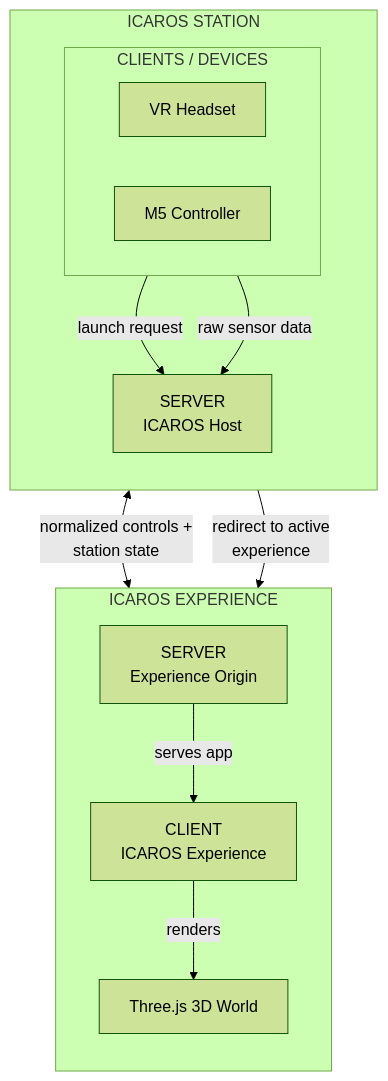
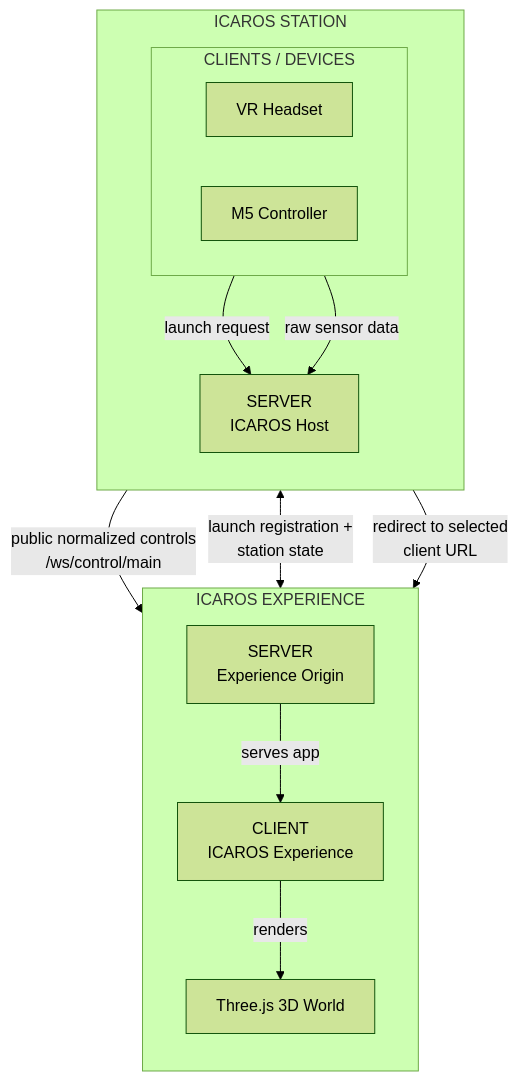
The first of 2 diagrams in docs/architecture.md (dweigend/Icaros_Host), drawn with Mermaid (forest theme) before and after one commit. The commit also changed other lines of this file and 93 other files, not shown here.

````diff
--- a/docs/architecture.md
+++ b/docs/architecture.md
@@ -9,32 +9,33 @@
 ```mermaid
 flowchart TD
   subgraph Station["ICAROS STATION"]
     direction TB
 
     subgraph StationClients["CLIENTS / DEVICES"]
       direction LR
       Headset["VR Headset"]
       M5["M5 Controller"]
     end
 
     Host["SERVER<br/>ICAROS Host"]
 
     Headset -->|"launch request"| Host
     M5 -->|"raw sensor data"| Host
   end
 
-  Host <-->|"normalized controls +<br/>station state"| ExperienceApp
+  Host -->|"public normalized controls<br/>/ws/control/main"| ExperienceApp
+  Host <-->|"launch registration +<br/>station state"| ExperienceApp
 
   subgraph Experience["ICAROS EXPERIENCE"]
     direction TB
 
     ExperienceOrigin["SERVER<br/>Experience Origin"]
     ExperienceApp["CLIENT<br/>ICAROS Experience"]
     World["Three.js 3D World"]
 
     ExperienceOrigin -->|"serves app"| ExperienceApp
     ExperienceApp -->|"renders"| World
   end
 
-  Host -->|"redirect to active<br/>experience"| ExperienceOrigin
+  Host -->|"redirect to selected<br/>client URL"| ExperienceOrigin
 ```
````
